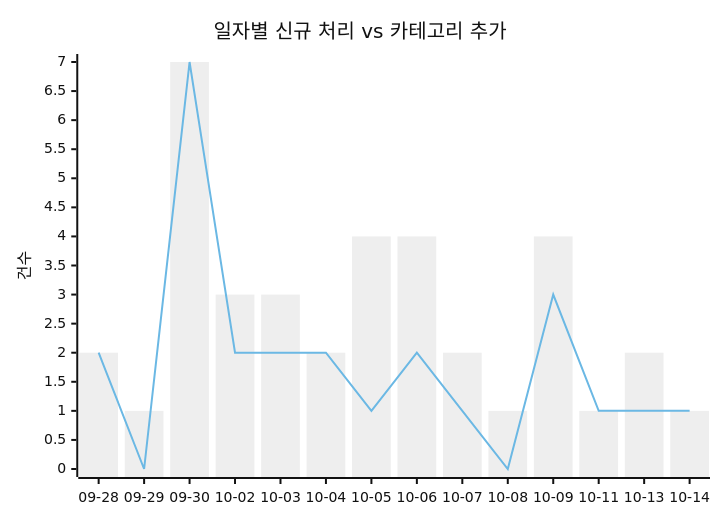
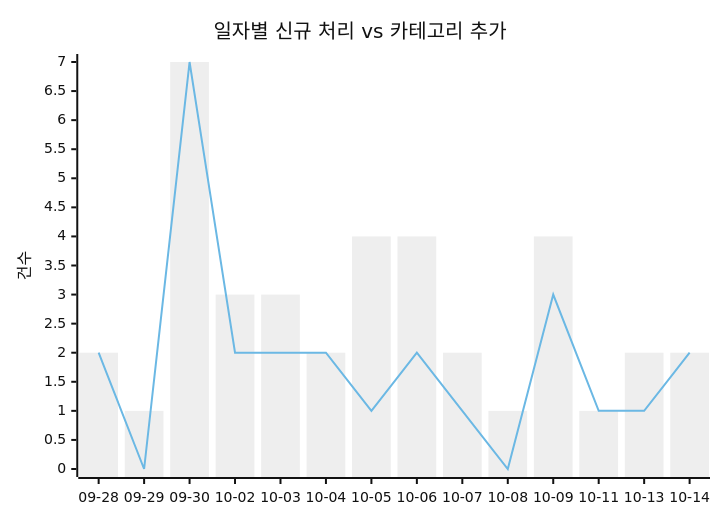
One commit to J-nowcow/awesome-korean-agent-skills changed the first of 2 diagrams in docs/trends.md. Above: the diagram before and after it, drawn with Mermaid (neutral theme). The commit also changed other lines of this file and 4 other files, not shown here.

````diff
--- a/docs/trends.md
+++ b/docs/trends.md
@@ -32,8 +32,8 @@
 ```mermaid
 xychart-beta
     title "일자별 신규 처리 vs 카테고리 추가"
     x-axis ["09-28","09-29","09-30","10-02","10-03","10-04","10-05","10-06","10-07","10-08","10-09","10-11","10-13","10-14"]
     y-axis "건수"
-    bar [2,1,7,3,3,2,4,4,2,1,4,1,2,1]
-    line [2,0,7,2,2,2,1,2,1,0,3,1,1,1]
+    bar [2,1,7,3,3,2,4,4,2,1,4,1,2,2]
+    line [2,0,7,2,2,2,1,2,1,0,3,1,1,2]
 ```
````
